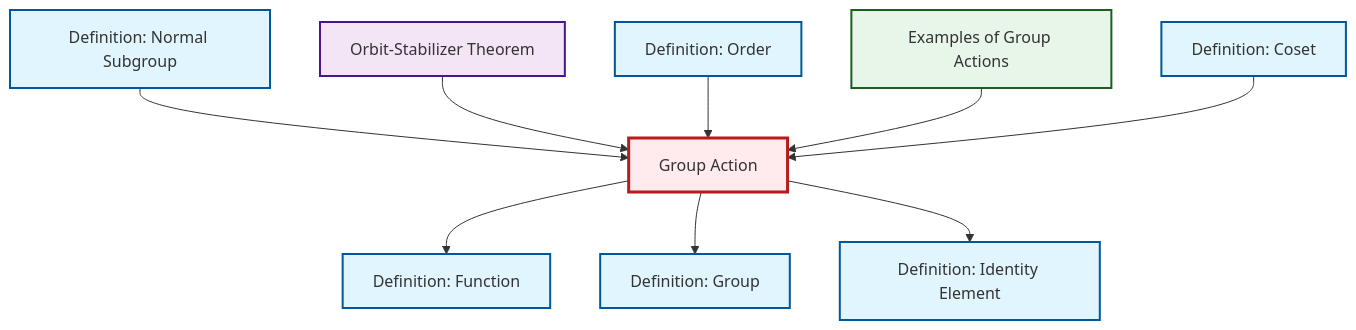
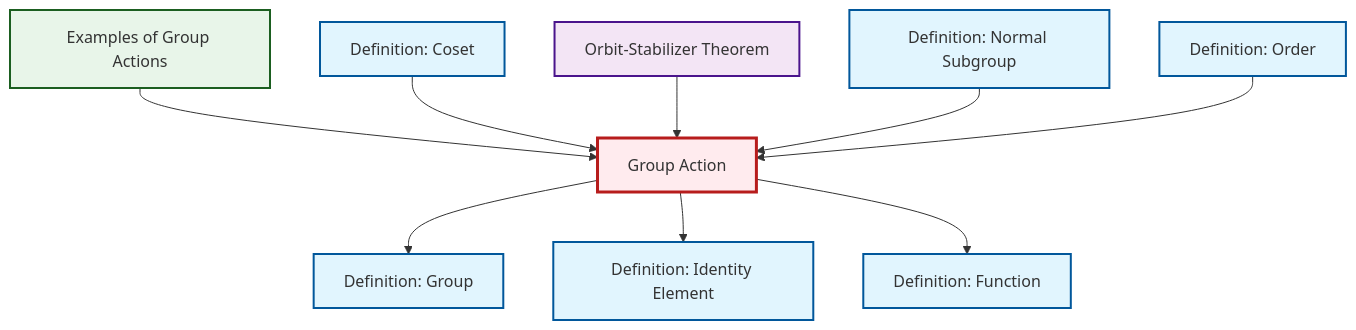
The diagram in content/en/algebra/def-group-action.qmd (RK0429/ModernMath), drawn with Mermaid before and after one commit. The commit also changed other lines of this file and 654 other files, not shown here.

````diff
--- a/content/en/algebra/def-group-action.qmd
+++ b/content/en/algebra/def-group-action.qmd
@@ -61,35 +61,35 @@
 ```{mermaid}
 %%| fig-cap: "Local dependency graph"
 graph TD
     classDef definition fill:#e1f5fe,stroke:#01579b,stroke-width:2px
     classDef theorem fill:#f3e5f5,stroke:#4a148c,stroke-width:2px
     classDef axiom fill:#fff3e0,stroke:#e65100,stroke-width:2px
     classDef example fill:#e8f5e9,stroke:#1b5e20,stroke-width:2px
     classDef current fill:#ffebee,stroke:#b71c1c,stroke-width:3px
+    def-coset["Definition: Coset"]:::definition
     def-group["Definition: Group"]:::definition
-    thm-orbit-stabilizer["Orbit-Stabilizer Theorem"]:::theorem
-    def-normal-subgroup["Definition: Normal Subgroup"]:::definition
     def-order["Definition: Order"]:::definition
     def-function["Definition: Function"]:::definition
+    thm-orbit-stabilizer["Orbit-Stabilizer Theorem"]:::theorem
+    def-identity-element["Definition: Identity Element"]:::definition
+    ex-group-action-examples["Examples of Group Actions"]:::example
+    def-normal-subgroup["Definition: Normal Subgroup"]:::definition
     def-group-action["Group Action"]:::definition
-    ex-group-action-examples["Examples of Group Actions"]:::example
-    def-identity-element["Definition: Identity Element"]:::definition
-    def-coset["Definition: Coset"]:::definition
-    def-group-action --> def-function
+    ex-group-action-examples --> def-group-action
+    def-coset --> def-group-action
+    def-group-action --> def-group
+    thm-orbit-stabilizer --> def-group-action
     def-normal-subgroup --> def-group-action
-    thm-orbit-stabilizer --> def-group-action
-    def-group-action --> def-group
     def-order --> def-group-action
     def-group-action --> def-identity-element
-    ex-group-action-examples --> def-group-action
-    def-coset --> def-group-action
+    def-group-action --> def-function
     class def-group-action current
+    click def-coset "def-coset.html" "Go to Coset definition"
     click def-group "def-group.html" "Go to Group definition"
-    click thm-orbit-stabilizer "thm-orbit-stabilizer.html" "Go to Orbit-Stabilizer Theorem"
-    click def-normal-subgroup "def-normal-subgroup.html" "Go to Normal Subgroup definition"
     click def-order "def-order.html" "Go to Order definition"
     click def-function "def-function.html" "Go to Function definition"
+    click thm-orbit-stabilizer "thm-orbit-stabilizer.html" "Go to Orbit-Stabilizer Theorem"
+    click def-identity-element "def-identity-element.html" "Go to Identity Element definition"
     click ex-group-action-examples "ex-group-action-examples.html" "Go to Examples of Group Actions"
-    click def-identity-element "def-identity-element.html" "Go to Identity Element definition"
-    click def-coset "def-coset.html" "Go to Coset definition"
+    click def-normal-subgroup "def-normal-subgroup.html" "Go to Normal Subgroup definition"
 ```
````
